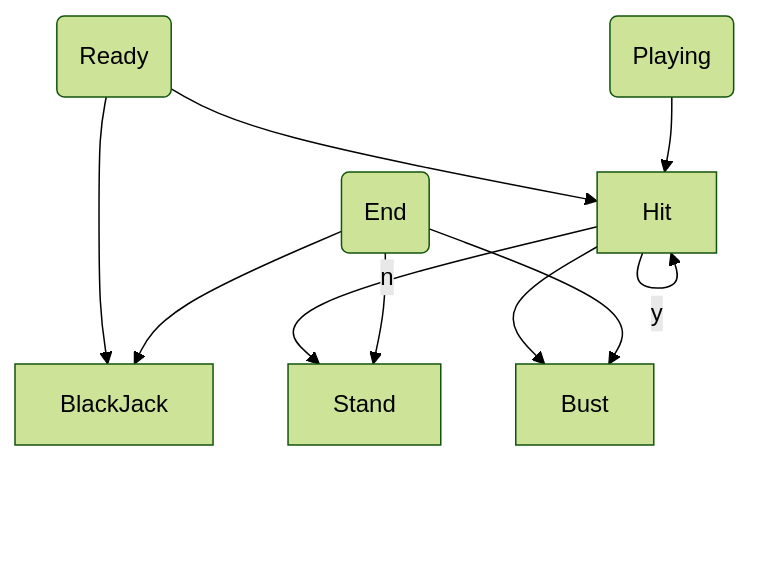
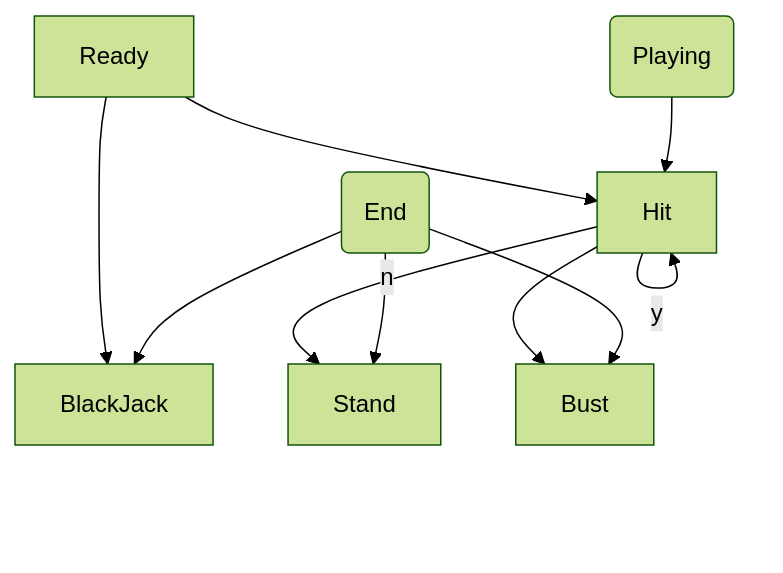
The diagram in README.md (woowacourse/java-blackjack), drawn with Mermaid (forest theme) before and after one commit. The commit also changed 2 other files, not shown here.

Commit message:
refactor(Cards): 불변 객체로 변경

````diff
--- a/README.md
+++ b/README.md
@@ -50,12 +50,12 @@
 ```mermaid
 graph TD
-Ready(Ready) --> BlackJack[BlackJack]
+Ready[Ready] --> BlackJack[BlackJack]
 Ready --> Hit[Hit]
 Hit --> |y| Hit
 Hit --> |n| Stand[Stand]
 Hit --> Bust[Bust]
 End(End) --> BlackJack
 End --> Stand
 End --> Bust
 Playing(Playing) --> Hit
 ```
````
